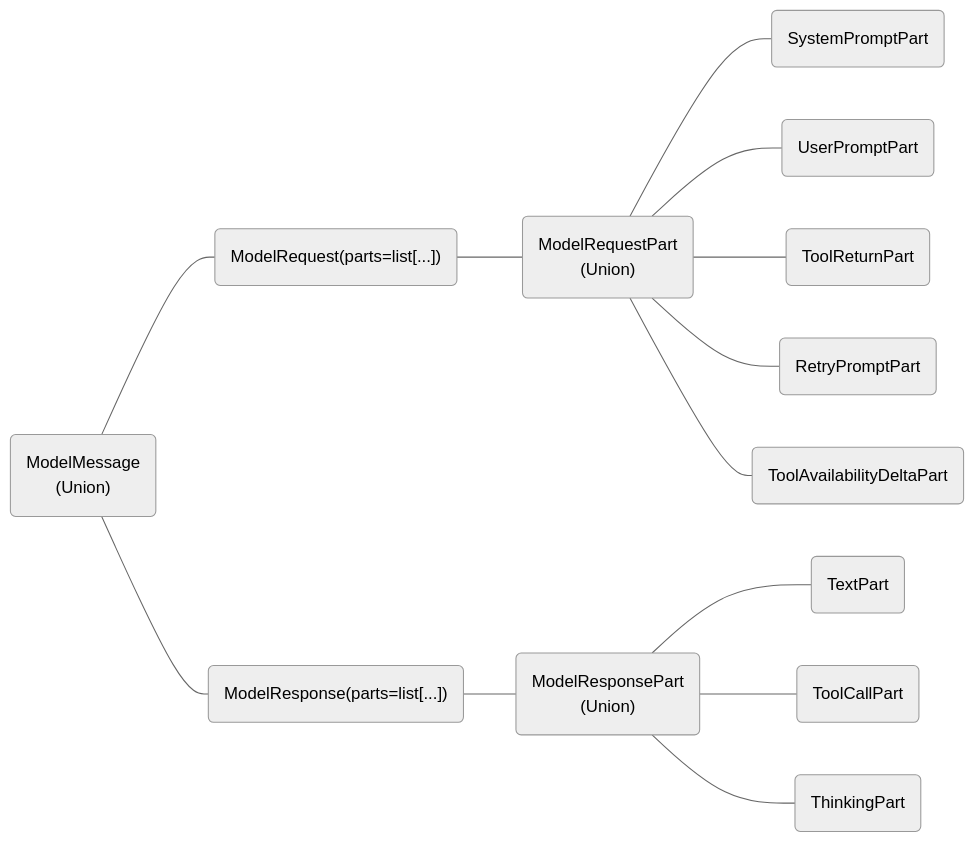
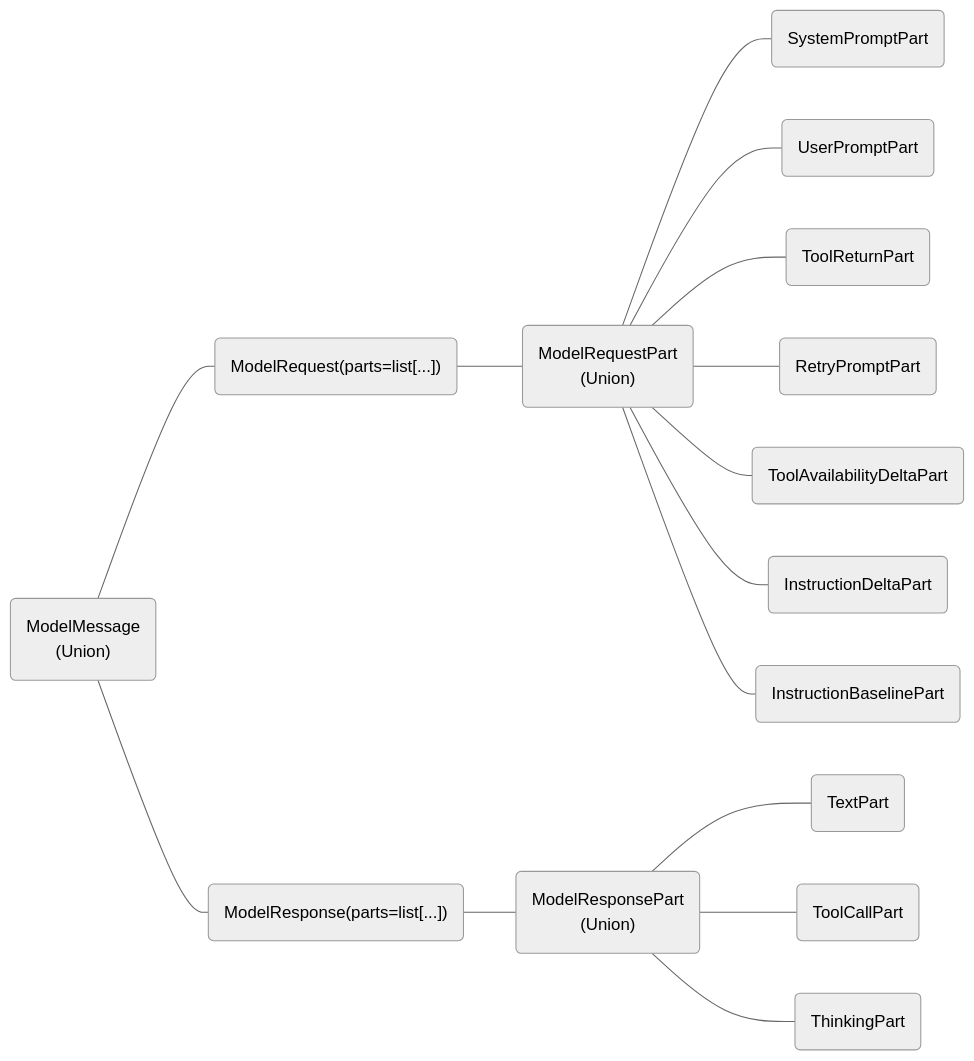
Before and after one commit to pydantic/pydantic-ai: the diagram in docs/api/messages.md, drawn with Mermaid (neutral theme). The commit also changed 5 other files, not shown here.

````diff
--- a/docs/api/messages.md
+++ b/docs/api/messages.md
@@ -5,15 +5,17 @@
 ```mermaid
 graph RL
     SystemPromptPart(SystemPromptPart) --- ModelRequestPart
     UserPromptPart(UserPromptPart) --- ModelRequestPart
     ToolReturnPart(ToolReturnPart) --- ModelRequestPart
     RetryPromptPart(RetryPromptPart) --- ModelRequestPart
     ToolAvailabilityDeltaPart(ToolAvailabilityDeltaPart) --- ModelRequestPart
+    InstructionDeltaPart(InstructionDeltaPart) --- ModelRequestPart
+    InstructionBaselinePart(InstructionBaselinePart) --- ModelRequestPart
     TextPart(TextPart) --- ModelResponsePart
     ToolCallPart(ToolCallPart) --- ModelResponsePart
     ThinkingPart(ThinkingPart) --- ModelResponsePart
     ModelRequestPart("ModelRequestPart<br>(Union)") --- ModelRequest
     ModelRequest("ModelRequest(parts=list[...])") --- ModelMessage
     ModelResponsePart("ModelResponsePart<br>(Union)") --- ModelResponse
     ModelResponse("ModelResponse(parts=list[...])") --- ModelMessage("ModelMessage<br>(Union)")
 ```
````
